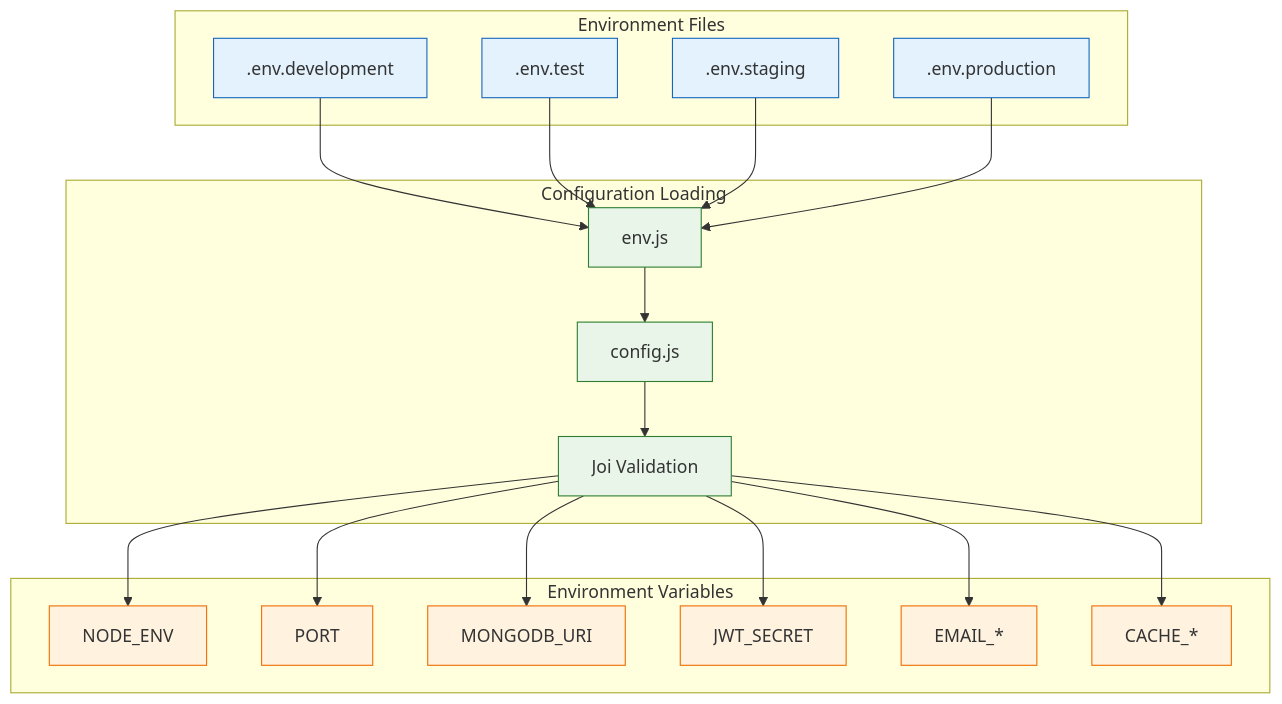
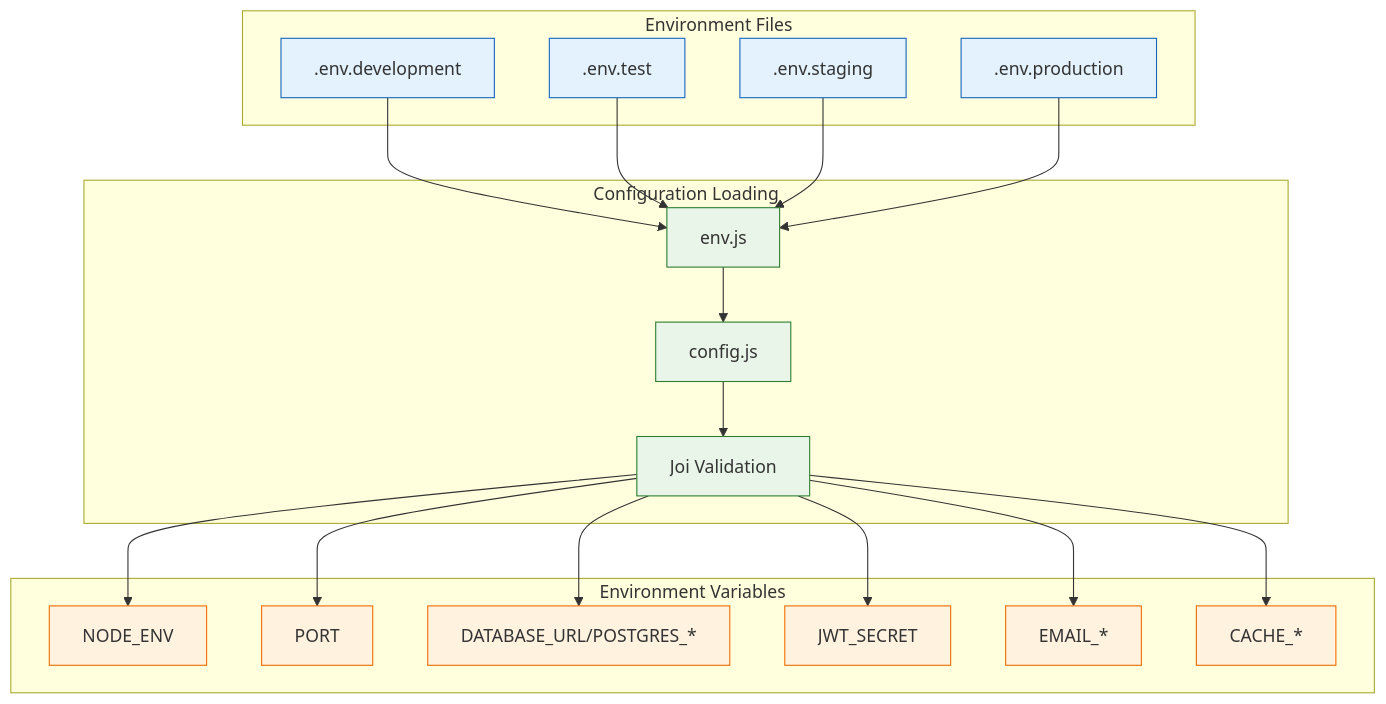
One commit to josephnguyen-macusaone/abc-dashboard changed the second of 9 diagrams in backend/docs/operations/deployment-guide.md. Above: the diagram before and after it, drawn with Mermaid. The commit also changed other lines of this file and 141 other files, not shown here.

````diff
--- a/backend/docs/operations/deployment-guide.md
+++ b/backend/docs/operations/deployment-guide.md
@@ -66,47 +66,47 @@
 ```mermaid
 graph TD
     subgraph "Environment Files"
         Dev[.env.development]
         Test[.env.test]
         Staging[.env.staging]
         Prod[.env.production]
     end
 
     subgraph "Configuration Loading"
         EnvLoader[env.js]
         Config[config.js]
         Validation[Joi Validation]
     end
 
     subgraph "Environment Variables"
         NodeEnv[NODE_ENV]
         Port[PORT]
-        Database[MONGODB_URI]
+        Database[DATABASE_URL/POSTGRES_*]
         JWT[JWT_SECRET]
         Email[EMAIL_*]
         Cache[CACHE_*]
     end
 
     Dev --> EnvLoader
     Test --> EnvLoader
     Staging --> EnvLoader
     Prod --> EnvLoader
 
     EnvLoader --> Config
     Config --> Validation
 
     Validation --> NodeEnv
     Validation --> Port
     Validation --> Database
     Validation --> JWT
     Validation --> Email
     Validation --> Cache
 
     classDef files fill:#e3f2fd,stroke:#1565c0
     classDef loader fill:#e8f5e8,stroke:#2e7d32
     classDef vars fill:#fff3e0,stroke:#ef6c00
 
     class Dev,Test,Staging,Prod files
     class EnvLoader,Config,Validation loader
     class NodeEnv,Port,Database,JWT,Email,Cache vars
 ```
````
